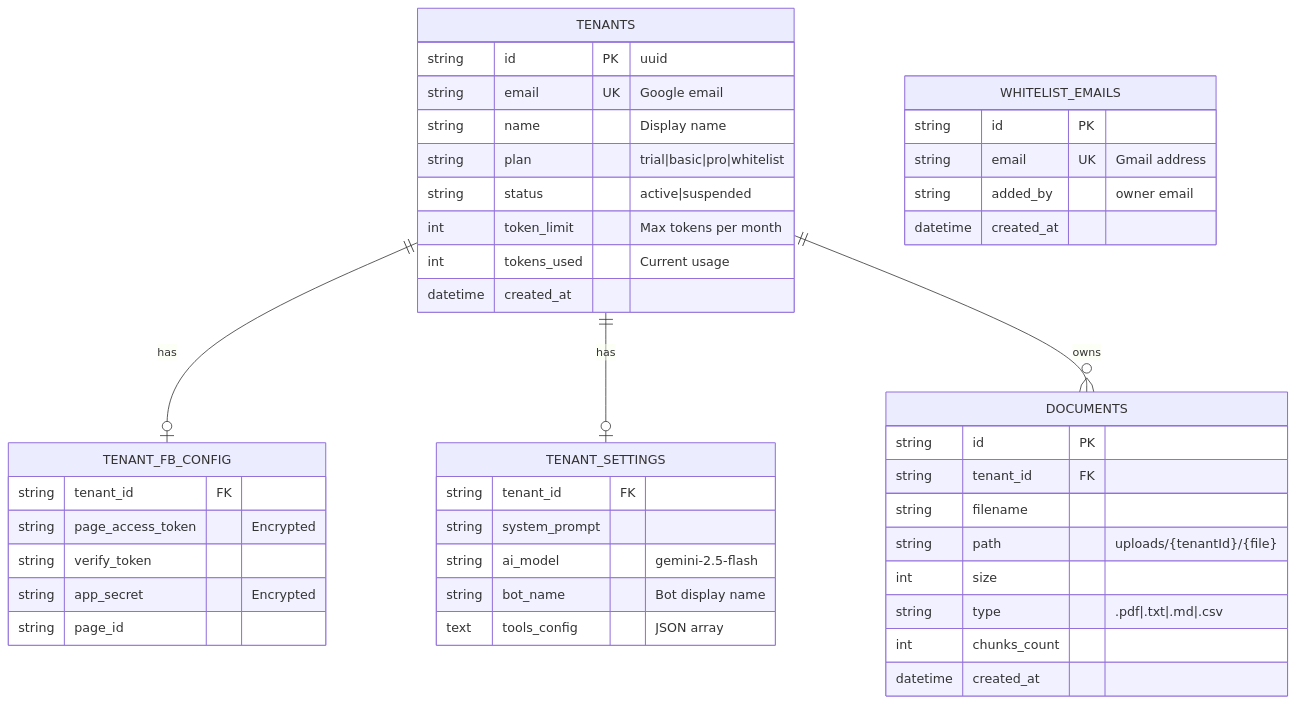
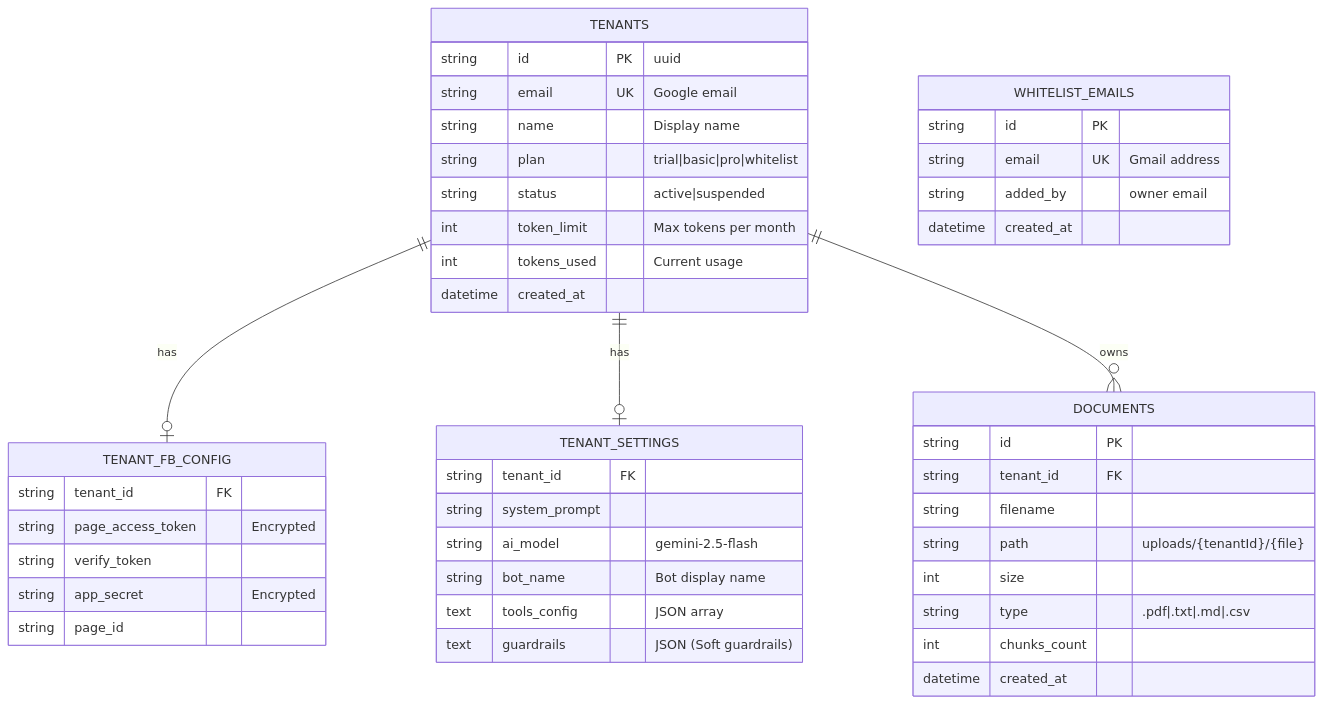
Before and after one commit to anhlelha/FBBot: the sixth of 6 diagrams in docs/architecture.md, drawn with Mermaid. The commit also changed other lines of this file and 42 other files, not shown here.

````diff
--- a/docs/architecture.md
+++ b/docs/architecture.md
@@ -215,51 +220,52 @@
 ```mermaid
 erDiagram
     TENANTS {
         string id PK "uuid"
         string email UK "Google email"
         string name "Display name"
         string plan "trial|basic|pro|whitelist"
         string status "active|suspended"
         int token_limit "Max tokens per month"
         int tokens_used "Current usage"
         datetime created_at
     }
 
     TENANT_FB_CONFIG {
         string tenant_id FK
         string page_access_token "Encrypted"
         string verify_token
         string app_secret "Encrypted"
         string page_id
     }
 
     TENANT_SETTINGS {
         string tenant_id FK
         string system_prompt
         string ai_model "gemini-2.5-flash"
         string bot_name "Bot display name"
         text tools_config "JSON array"
+        text guardrails "JSON (Soft guardrails)"
     }
 
     DOCUMENTS {
         string id PK
         string tenant_id FK
         string filename
         string path "uploads/{tenantId}/{file}"
         int size
         string type ".pdf|.txt|.md|.csv"
         int chunks_count
         datetime created_at
     }
 
     WHITELIST_EMAILS {
         string id PK
         string email UK "Gmail address"
         string added_by "owner email"
         datetime created_at
     }
 
     TENANTS ||--o| TENANT_FB_CONFIG : has
     TENANTS ||--o| TENANT_SETTINGS : has
     TENANTS ||--o{ DOCUMENTS : owns
 ```
````
